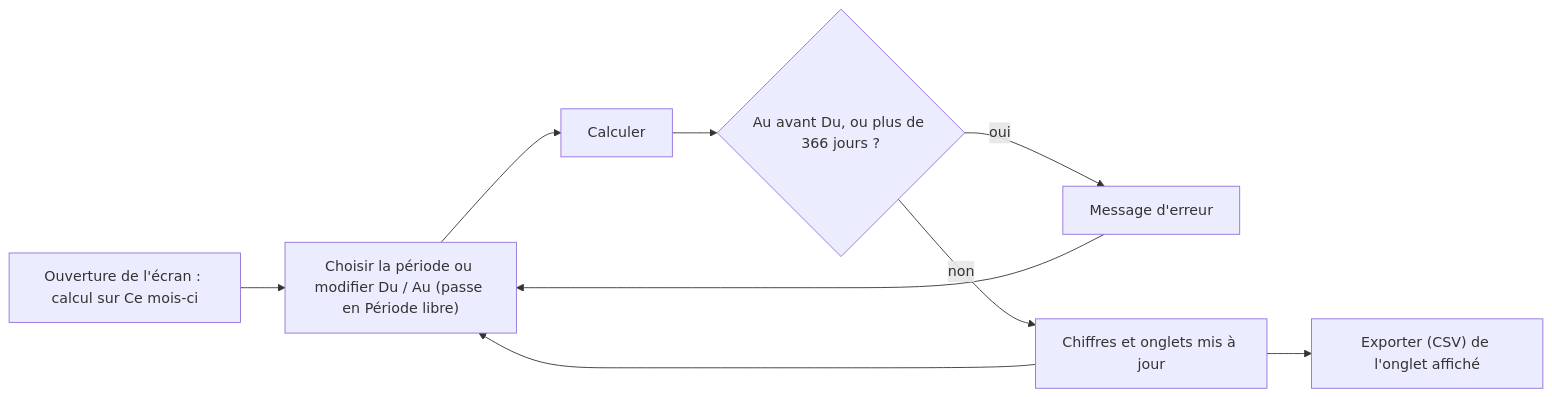
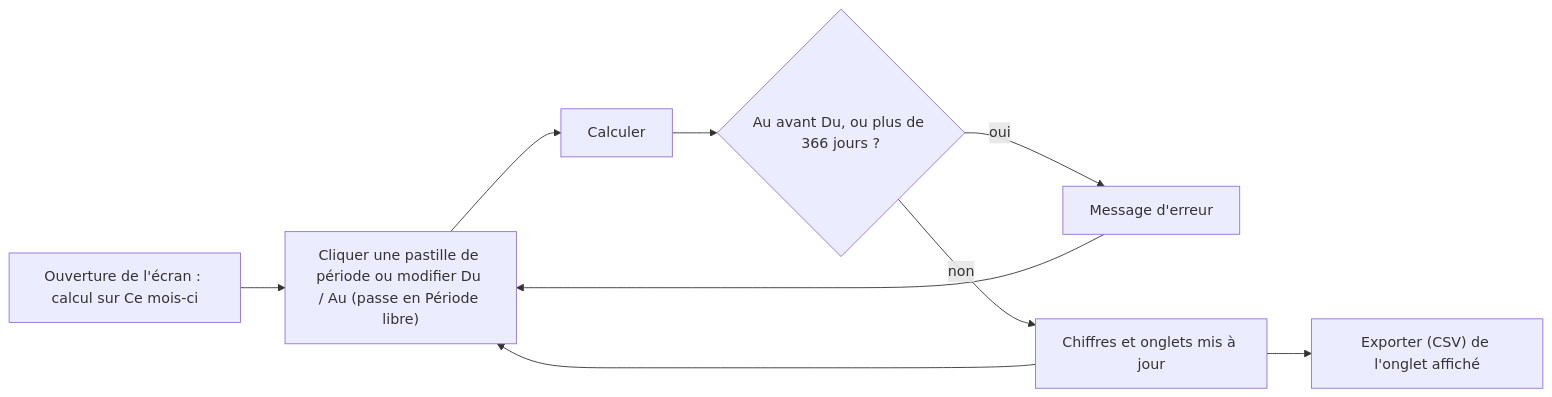
Before and after one commit to J4dJad/MarocLis: the second of 9 diagrams in docs/manuel/08-pilotage-statistiques-relations.md, drawn with Mermaid. The commit also changed other lines of this file and 7 other files, not shown here.

````diff
--- a/docs/manuel/08-pilotage-statistiques-relations.md
+++ b/docs/manuel/08-pilotage-statistiques-relations.md
@@ -32,10 +56,10 @@
 ```mermaid
 flowchart LR
-    A["Ouverture de l'écran : calcul sur Ce mois-ci"] --> B["Choisir la période ou modifier Du / Au (passe en Période libre)"]
+    A["Ouverture de l'écran : calcul sur Ce mois-ci"] --> B["Cliquer une pastille de période ou modifier Du / Au (passe en Période libre)"]
     B --> C["Calculer"]
     C --> D{"Au avant Du, ou plus de 366 jours ?"}
     D -- oui --> E["Message d'erreur"] --> B
     D -- non --> F["Chiffres et onglets mis à jour"]
     F --> G["Exporter (CSV) de l'onglet affiché"]
     F --> B
 ```
````
